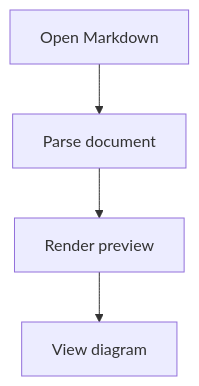
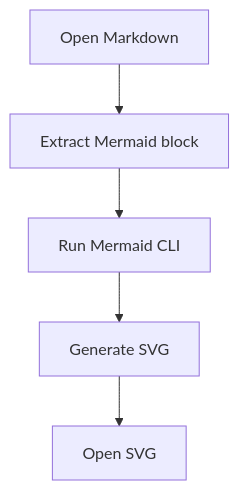
One commit to hetfs/nvim-config changed the diagram in docs/architecture/markdown-support.md. Above: the diagram before and after it, drawn with Mermaid. The commit also changed other lines of this file and 6 other files, not shown here.

````diff
--- a/docs/architecture/markdown-support.md
+++ b/docs/architecture/markdown-support.md
@@ -886,6 +822,7 @@
 ```mermaid
 flowchart TD
-    A[Open Markdown] --> B[Parse document]
-    B --> C[Render preview]
-    C --> D[View diagram]
+    A[Open Markdown] --> B[Extract Mermaid block]
+    B --> C[Run Mermaid CLI]
+    C --> D[Generate SVG]
+    D --> E[Open SVG]
 ```
````
